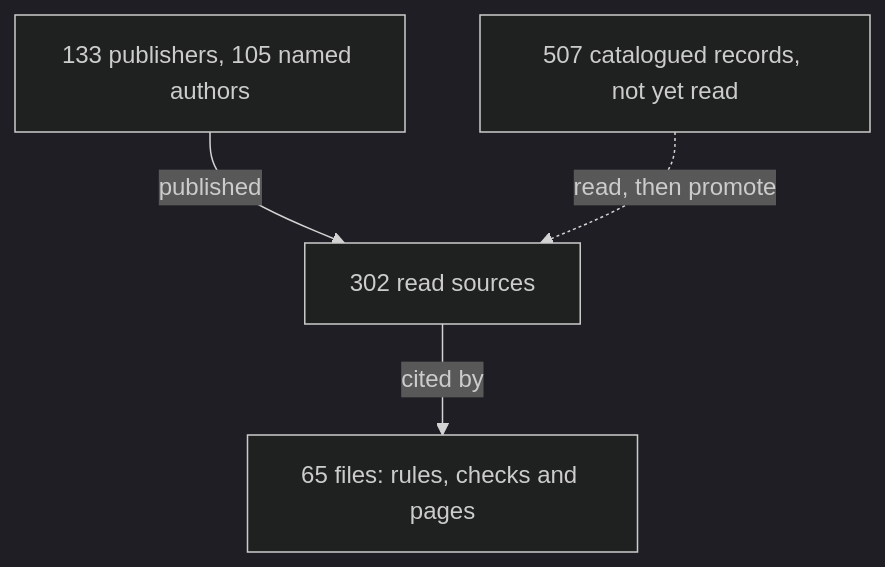
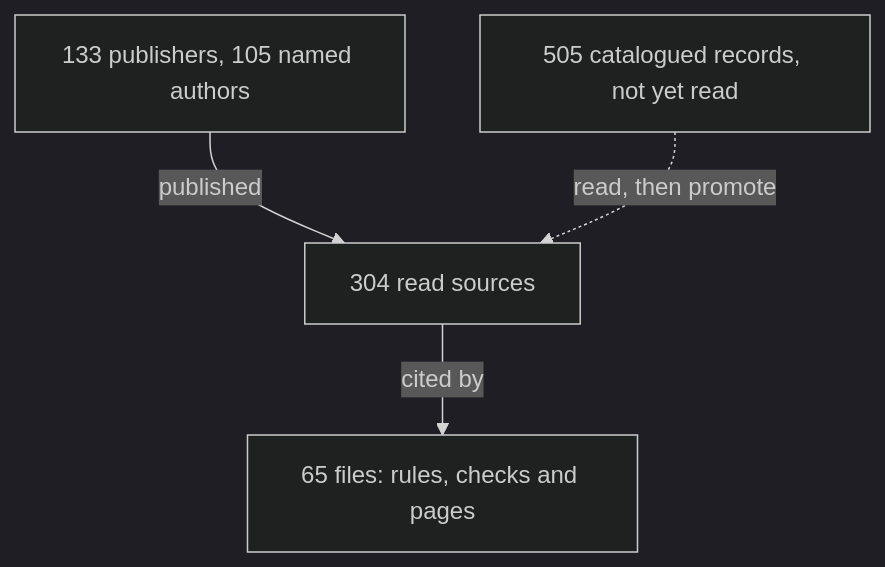
One commit to Valpatel/cad-agent changed the diagram in docs/practice/experts.md. Above: the diagram before and after it, drawn with Mermaid (dark theme). The commit also changed other lines of this file and 7 other files, not shown here.

````diff
--- a/docs/practice/experts.md
+++ b/docs/practice/experts.md
@@ -6,7 +6,7 @@
 ```mermaid
 flowchart TD
-  P["133 publishers, 105 named authors"] -->|published| S["302 read sources"]
+  P["133 publishers, 105 named authors"] -->|published| S["304 read sources"]
   S -->|cited by| U["65 files: rules, checks and pages"]
-  C["507 catalogued records, not yet read"] -.->|read, then promote| S
+  C["505 catalogued records, not yet read"] -.->|read, then promote| S
   class S here
 ```
````
